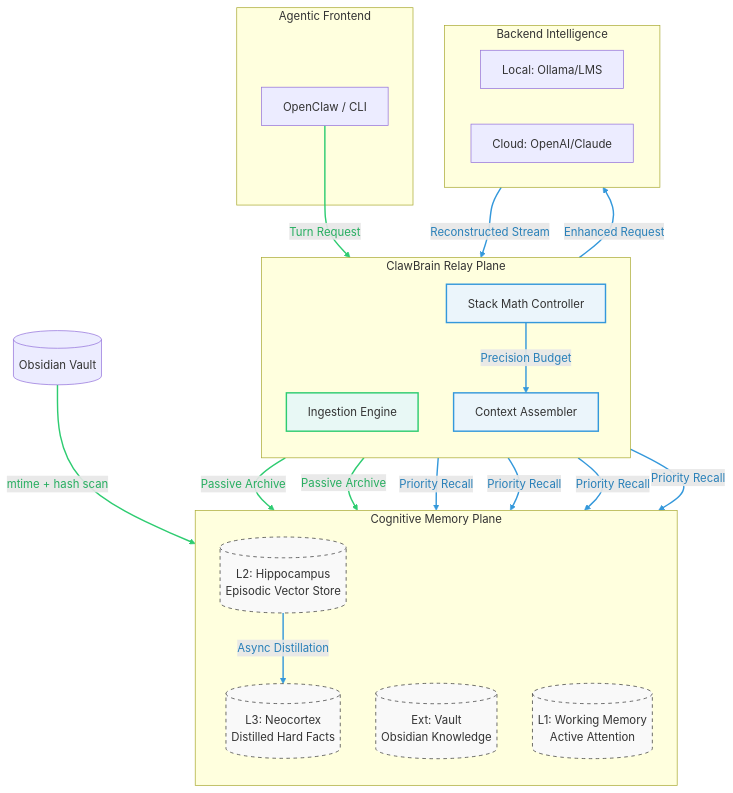
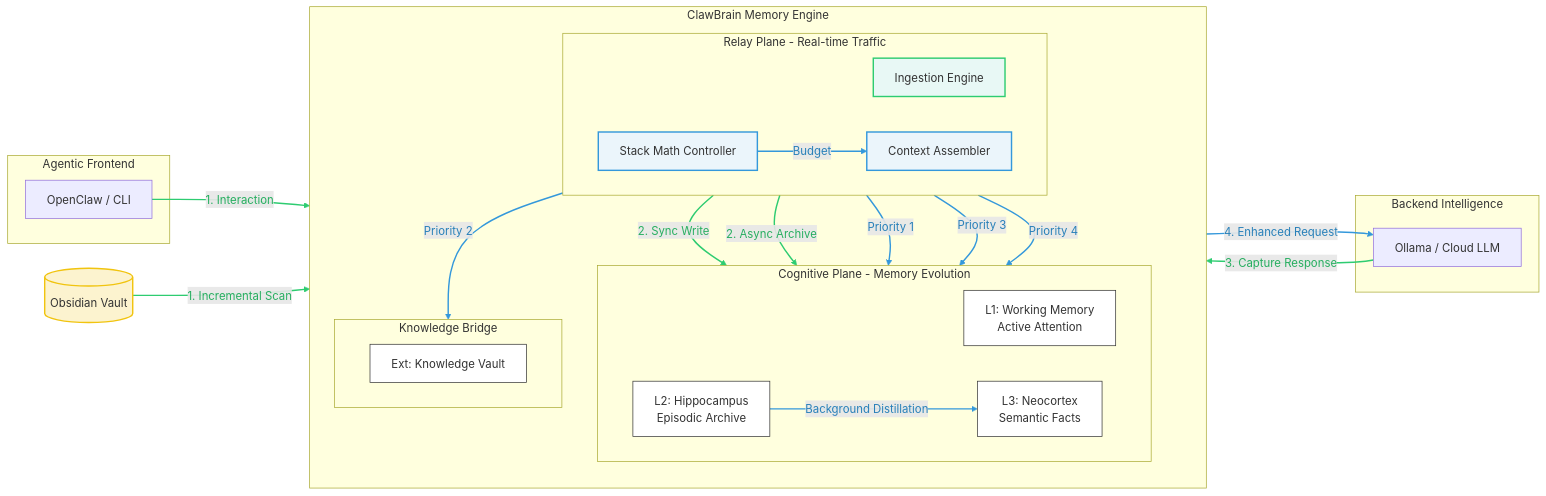
One commit to winnerineast/ClawBrain changed the diagram in README.md. Above: the diagram before and after it, drawn with Mermaid. The commit also changed 1 other file, not shown here.

Commit message:
docs: overhaul architecture diagram with layered layout and numbered flow sequences

````diff
--- a/README.md
+++ b/README.md
@@ -110,52 +110,69 @@
 ```mermaid
-flowchart TB
-    %% Class Definitions for Visual Distinction
+flowchart LR
+    %% Style Definitions
     classDef capture stroke:#2ecc71,stroke-width:2px,fill:#e8f8f5
     classDef cognitive stroke:#3498db,stroke-width:2px,fill:#ebf5fb
-    classDef storage fill:#f9f9f9,stroke:#333,stroke-dasharray: 5 5
+    classDef storage fill:#ffffff,stroke:#333,stroke-width:1px
+    classDef external fill:#fcf3cf,stroke:#f1c40f,stroke-width:2px
 
-    subgraph Client [Agentic Frontend]
+    %% 1. Left: Frontend
+    subgraph Left [Agentic Frontend]
         OC[OpenClaw / CLI]
     end
 
-    subgraph Relay [ClawBrain Relay Plane]
+    %% 2. Middle: ClawBrain Engine (Vertical Stack)
+    subgraph Center [ClawBrain Memory Engine]
         direction TB
-        Ingest[Ingestion Engine]:::capture
-        Assemble[Context Assembler]:::cognitive
-        Logic[Stack Math Controller]:::cognitive
+        
+        subgraph Relay [Relay Plane - Real-time Traffic]
+            direction LR
+            Ingest[Ingestion Engine]:::capture
+            Assemble[Context Assembler]:::cognitive
+            Logic[Stack Math Controller]:::cognitive
+        end
+
+        subgraph CognitivePlane [Cognitive Plane - Memory Evolution]
+            direction LR
+            L1[L1: Working Memory\nActive Attention]:::storage
+            L2[L2: Hippocampus\nEpisodic Archive]:::storage
+            L3[L3: Neocortex\nSemantic Facts]:::storage
+        end
+
+        subgraph KnowledgePlane [Knowledge Bridge]
+            direction LR
+            Ext[Ext: Knowledge Vault]:::storage
+        end
     end
 
-    subgraph Memory [Cognitive Memory Plane]
-        direction TB
-        L3[(L3: Neocortex\nDistilled Hard Facts)]:::storage
-        Ext[(Ext: Vault\nObsidian Knowledge)]:::storage
-        L1[(L1: Working Memory\nActive Attention)]:::storage
-        L2[(L2: Hippocampus\nEpisodic Vector Store)]:::storage
+    %% 3. Right: Backend Intelligence
+    subgraph Right [Backend Intelligence]
+        LLM[Ollama / Cloud LLM]
     end
 
-    subgraph LLM [Backend Intelligence]
-        Ollama[Local: Ollama/LMS]
-        Cloud[Cloud: OpenAI/Claude]
-    end
+    %% 4. Bottom: Physical Storage
+    Vault[(Obsidian Vault)]:::external
 
-    %% 1. Capture Flow (How information enters)
-    OC -- "Turn Request" --> Ingest
-    Ingest -- "Passive Archive" --> L1
-    Ingest -- "Passive Archive" --> L2
-    LocalFiles[(Obsidian Vault)] -- "mtime + hash scan" --> Ext
-    
-    %% 2. Cognitive & Recall Flow (Internal processing & Context optimization)
-    L2 -- "Async Distillation" --> L3
-    Assemble -- "Priority Recall" --> L3
-    Assemble -- "Priority Recall" --> Ext
-    Assemble -- "Priority Recall" --> L1
-    Assemble -- "Priority Recall" --> L2
-    
-    Logic -- "Precision Budget" --> Assemble
-    Assemble -- "Enhanced Request" --> LLM
-    LLM -- "Reconstructed Stream" --> Ingest
+    %% --- INFORMATION FLOWS ---
 
-    %% Applying Classes to Flows
-    linkStyle 0,1,2,3 stroke:#2ecc71,stroke-width:2px,color:#27ae60
-    linkStyle 4,5,6,7,8,9,10,11 stroke:#3498db,stroke-width:2px,color:#2980b9
+    %% FLOW A: Memory Capture (Green)
+    OC -- "1. Interaction" --> Ingest
+    Ingest -- "2. Sync Write" --> L1
+    Ingest -- "2. Async Archive" --> L2
+    Vault -- "1. Incremental Scan" --> Ext
+    LLM -- "3. Capture Response" --> Ingest
+
+    %% FLOW B: Internal Evolution (Blue)
+    L2 -- "Background Distillation" --> L3
+
+    %% FLOW C: Context Optimization (Blue)
+    Logic -- "Budget" --> Assemble
+    Assemble -- "Priority 1" --> L3
+    Assemble -- "Priority 2" --> Ext
+    Assemble -- "Priority 3" --> L1
+    Assemble -- "Priority 4" --> L2
+    Assemble -- "4. Enhanced Request" --> LLM
+
+    %% Applying Link Styles
+    linkStyle 0,1,2,3,4 stroke:#2ecc71,stroke-width:2px,color:#27ae60
+    linkStyle 5,6,7,8,9,10,11 stroke:#3498db,stroke-width:2px,color:#2980b9
 ```
````
